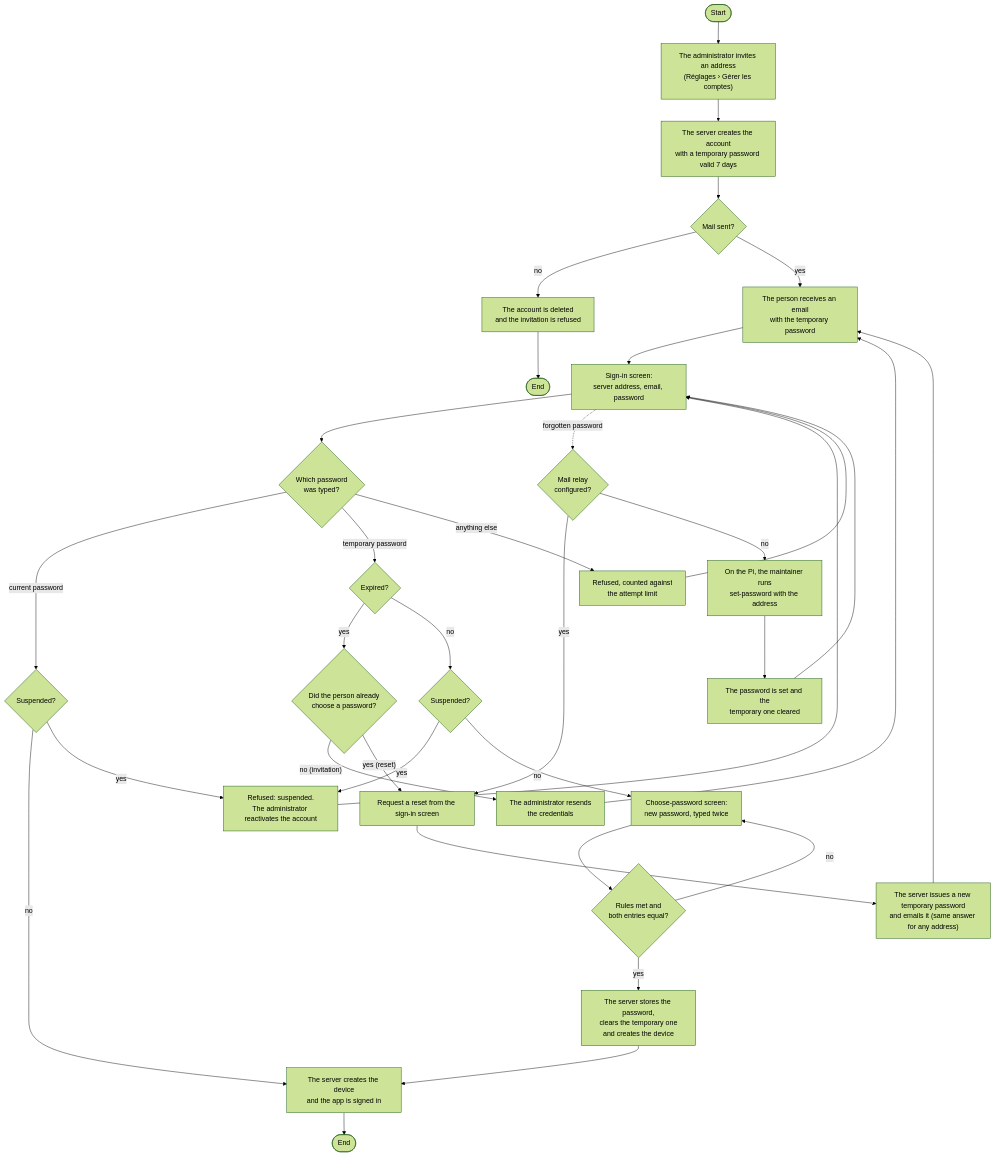
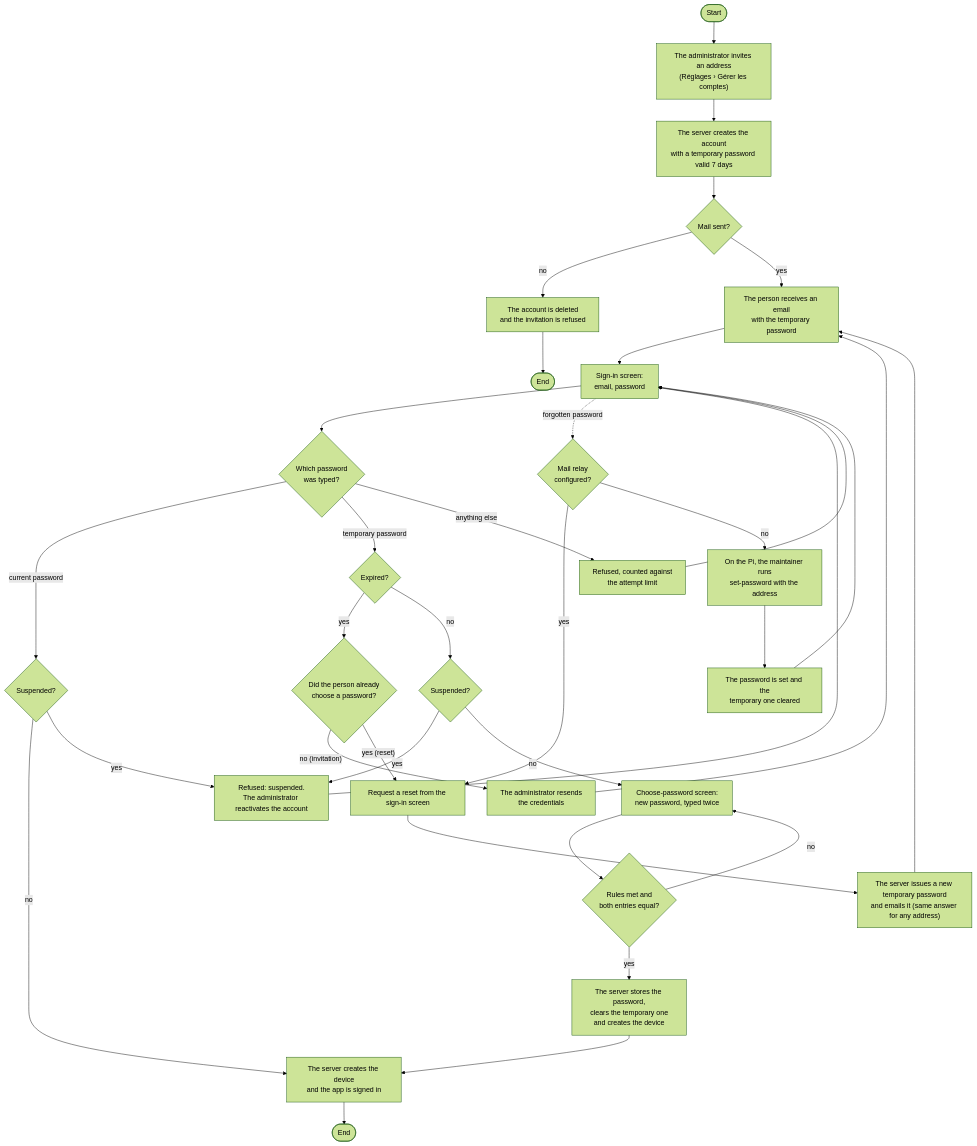
One commit to glimberger/mes-courses changed the diagram in docs/sync-server.md. Above: the diagram before and after it, drawn with Mermaid (forest theme). The commit also changed other lines of this file and 107 other files, not shown here.

````diff
--- a/docs/sync-server.md
+++ b/docs/sync-server.md
@@ -41,39 +41,39 @@
 ```mermaid
 flowchart TD
   start(["Start"]) --> invite["The administrator invites an address<br/>(Réglages › Gérer les comptes)"]
   invite --> created["The server creates the account<br/>with a temporary password valid 7 days"]
   created --> mailok{"Mail sent?"}
   mailok -- "no" --> undone["The account is deleted<br/>and the invitation is refused"]
   undone --> stop1(["End"])
   mailok -- "yes" --> mail["The person receives an email<br/>with the temporary password"]
-  mail --> signin["Sign-in screen:<br/>server address, email, password"]
+  mail --> signin["Sign-in screen:<br/>email, password"]
 
   signin --> which{"Which password<br/>was typed?"}
   which -- "current password" --> susp1{"Suspended?"}
   susp1 -- "no" --> device["The server creates the device<br/>and the app is signed in"]
   susp1 -- "yes" --> suspended["Refused: suspended.<br/>The administrator reactivates the account"]
   suspended --> signin
   which -- "temporary password" --> exp{"Expired?"}
   which -- "anything else" --> refused["Refused, counted against<br/>the attempt limit"]
   refused --> signin
   exp -- "yes" --> expired{"Did the person already<br/>choose a password?"}
   expired -- "no (invitation)" --> resend["The administrator resends<br/>the credentials"]
   resend --> mail
   expired -- "yes (reset)" --> reset
   exp -- "no" --> susp2{"Suspended?"}
   susp2 -- "yes" --> suspended
   susp2 -- "no" --> choose["Choose-password screen:<br/>new password, typed twice"]
   choose --> rules{"Rules met and<br/>both entries equal?"}
   rules -- "no" --> choose
   rules -- "yes" --> save["The server stores the password,<br/>clears the temporary one<br/>and creates the device"]
   save --> device
   device --> stop2(["End"])
 
   signin -. "forgotten password" .-> relay{"Mail relay<br/>configured?"}
   relay -- "yes" --> reset["Request a reset from the sign-in screen"]
   reset --> newtemp["The server issues a new temporary password<br/>and emails it (same answer for any address)"]
   newtemp --> mail
   relay -- "no" --> setpw["On the Pi, the maintainer runs<br/>set-password with the address"]
   setpw --> newpw["The password is set and the<br/>temporary one cleared"]
   newpw --> signin
 ```
````
